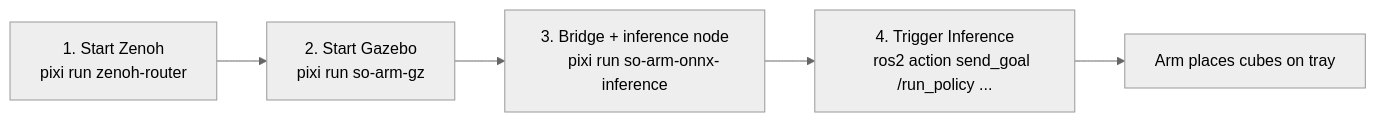
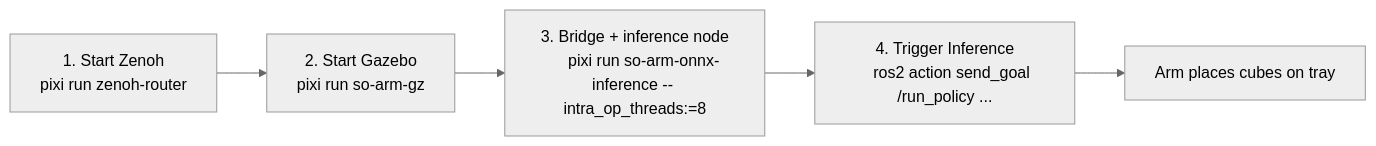
One commit to francocipollone/rospai-demos changed the second of 2 diagrams in docs/demos/onnx-inference.md. Above: the diagram before and after it, drawn with Mermaid (neutral theme). The commit also changed other lines of this file and 1 other file, not shown here.

Commit message:
feat(pai_bringup): intra_op_threads launch argument; ONNX guide uses it as the primary run path

````diff
--- a/docs/demos/onnx-inference.md
+++ b/docs/demos/onnx-inference.md
@@ -76,11 +76,11 @@
 ```mermaid
 flowchart LR
     A["1. Start Zenoh
     pixi run zenoh-router"] --> B["2. Start Gazebo
     pixi run so-arm-gz"]
     B --> C["3. Bridge + inference node
-    pixi run so-arm-onnx-inference"]
+    pixi run so-arm-onnx-inference -- intra_op_threads:=8"]
     C --> D["4. Trigger Inference
     ros2 action send_goal /run_policy ..."]
     D --> E["Arm places cubes on tray"]
 ```
````
